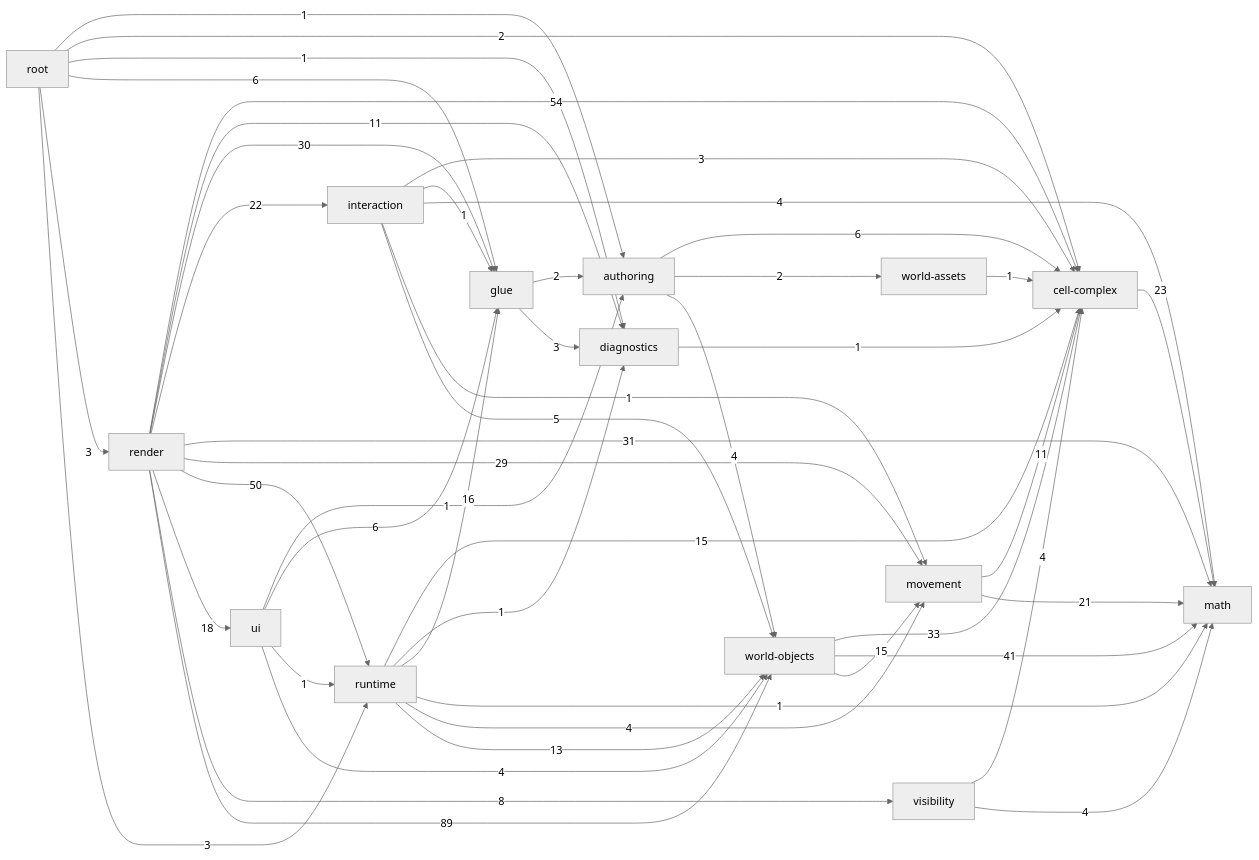
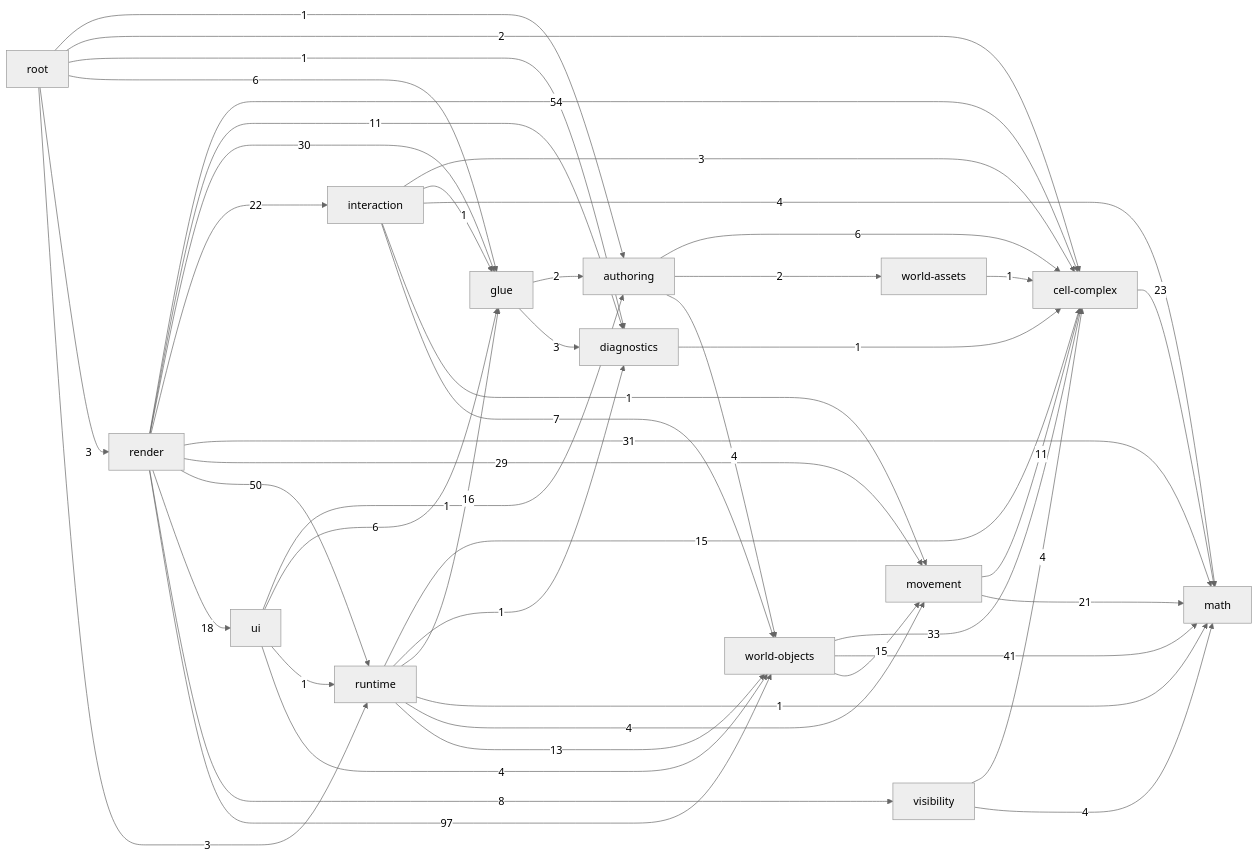
The diagram in _docs/generated/ARCHITECTURE_REFERENCE.md (guraltsev/noneuclid-fpv), drawn with Mermaid (neutral theme) before and after one commit. The commit also changed other lines of this file and 33 other files, not shown here.

````diff
--- a/_docs/generated/ARCHITECTURE_REFERENCE.md
+++ b/_docs/generated/ARCHITECTURE_REFERENCE.md
@@ -35,63 +35,63 @@
 ```mermaid
 flowchart LR
   math["math"]
   cell_complex["cell-complex"]
   diagnostics["diagnostics"]
   visibility["visibility"]
   movement["movement"]
   world_assets["world-assets"]
   world_objects["world-objects"]
   authoring["authoring"]
   glue["glue"]
   interaction["interaction"]
   runtime["runtime"]
   ui["ui"]
   render["render"]
   root["root"]
   authoring -->|6| cell_complex
   authoring -->|2| world_assets
   authoring -->|4| world_objects
   cell_complex -->|23| math
   diagnostics -->|1| cell_complex
   glue -->|2| authoring
   glue -->|3| diagnostics
   interaction -->|3| cell_complex
   interaction -->|1| glue
   interaction -->|4| math
   interaction -->|1| movement
-  interaction -->|5| world_objects
+  interaction -->|7| world_objects
   movement -->|11| cell_complex
   movement -->|21| math
   render -->|54| cell_complex
   render -->|11| diagnostics
   render -->|30| glue
   render -->|22| interaction
   render -->|31| math
   render -->|29| movement
   render -->|50| runtime
   render -->|18| ui
   render -->|8| visibility
-  render -->|89| world_objects
+  render -->|97| world_objects
   root -->|1| authoring
   root -->|2| cell_complex
   root -->|1| diagnostics
   root -->|6| glue
   root -->|3| render
   root -->|3| runtime
   runtime -->|15| cell_complex
   runtime -->|1| diagnostics
   runtime -->|16| glue
   runtime -->|1| math
   runtime -->|4| movement
   runtime -->|13| world_objects
   ui -->|1| authoring
   ui -->|6| glue
   ui -->|1| runtime
   ui -->|4| world_objects
   visibility -->|4| cell_complex
   visibility -->|4| math
   world_assets -->|1| cell_complex
   world_objects -->|33| cell_complex
   world_objects -->|41| math
   world_objects -->|15| movement
 ```
````
